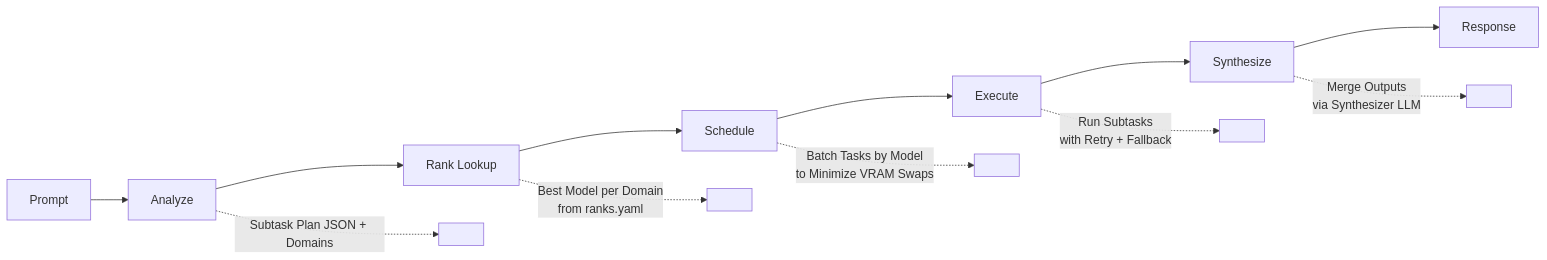
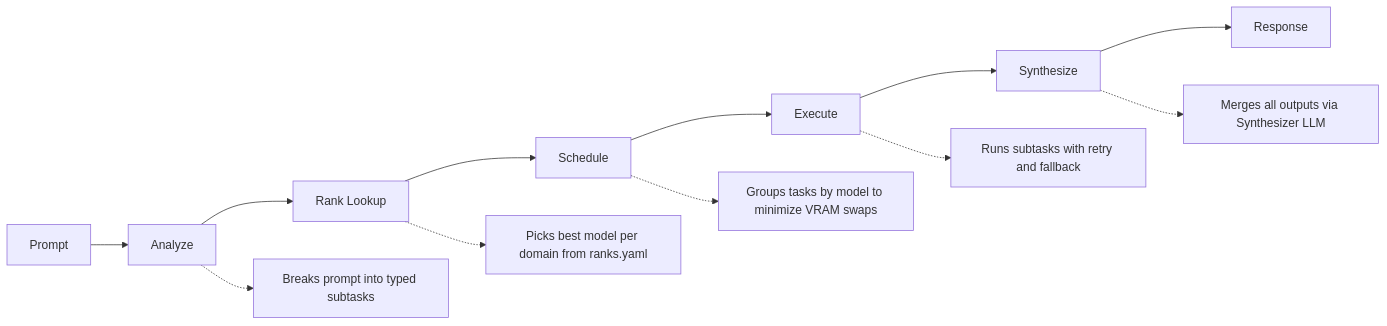
One commit to AnkithMall/polymind changed the second of 3 diagrams in README.md. Above: the diagram before and after it, drawn with Mermaid. The commit also changed other lines of this file and 1 other file, not shown here.

First line of the commit message:
Fix diagrams for readability, create LICENSE file, expand license section

````diff
--- a/README.md
+++ b/README.md
@@ -86,15 +79,15 @@
 ```mermaid
 flowchart LR
     P[Prompt] --> A[Analyze]
     A --> RL[Rank Lookup]
     RL --> S[Schedule]
     S --> E[Execute]
     E --> Syn[Synthesize]
     Syn --> R[Response]
 
-    A -.-> |Subtask Plan JSON + Domains| A2[ ]
-    RL -.-> |Best Model per Domain<br/>from ranks.yaml| RL2[ ]
-    S -.-> |Batch Tasks by Model<br/>to Minimize VRAM Swaps| S2[ ]
-    E -.-> |Run Subtasks<br/>with Retry + Fallback| E2[ ]
-    Syn -.-> |Merge Outputs<br/>via Synthesizer LLM| Syn2[ ]
+    A -.-> note1[Breaks prompt into typed subtasks]
+    RL -.-> note2[Picks best model per domain from ranks.yaml]
+    S -.-> note3[Groups tasks by model to minimize VRAM swaps]
+    E -.-> note4[Runs subtasks with retry and fallback]
+    Syn -.-> note5[Merges all outputs via Synthesizer LLM]
 ```
````
